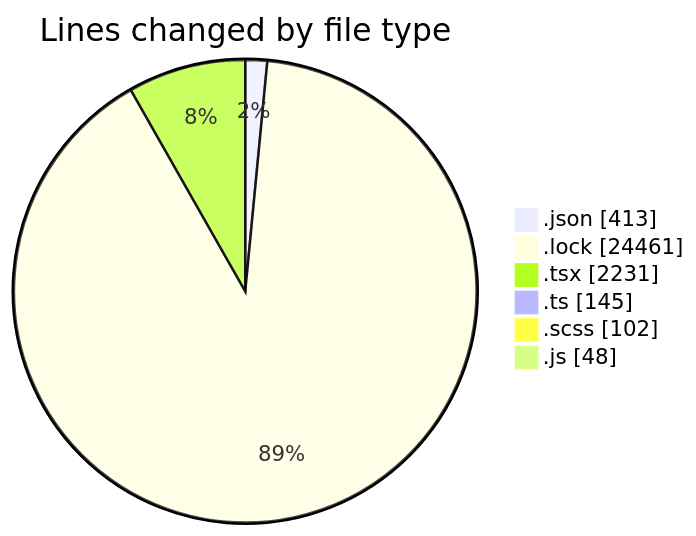
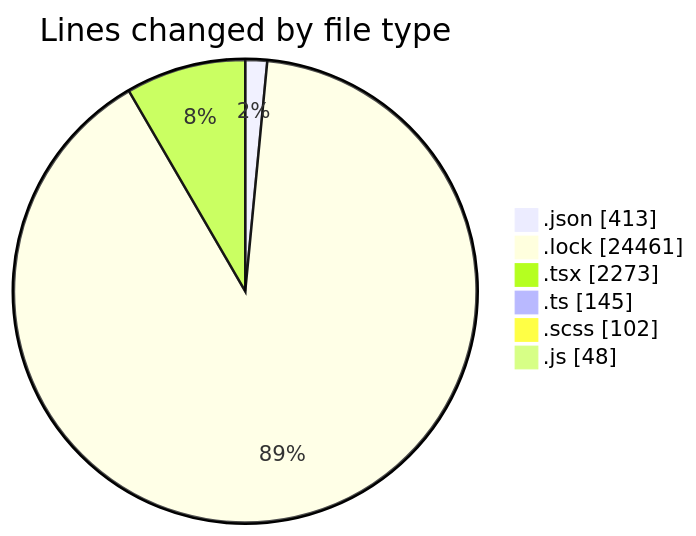
The first of 2 diagrams in 2026-05-14/cda/README.md (momahboobian/code-tracking), drawn with Mermaid before and after one commit. The commit also changed other lines of this file and 1 other file, not shown here.

````diff
--- a/2026-05-14/cda/README.md
+++ b/2026-05-14/cda/README.md
@@ -39,10 +39,10 @@
 ```mermaid
 pie showData
 title Lines changed by file type
 ".json" : 413
 ".lock" : 24461
-".tsx" : 2231
+".tsx" : 2273
 ".ts" : 145
 ".scss" : 102
 ".js" : 48
 ```
````
